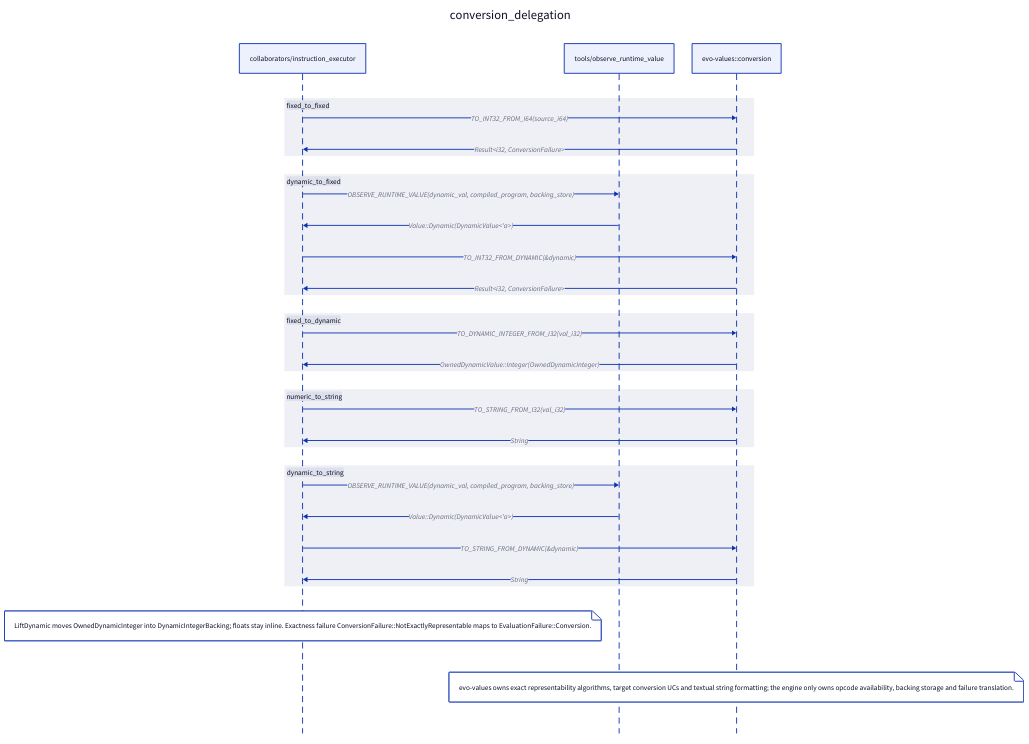
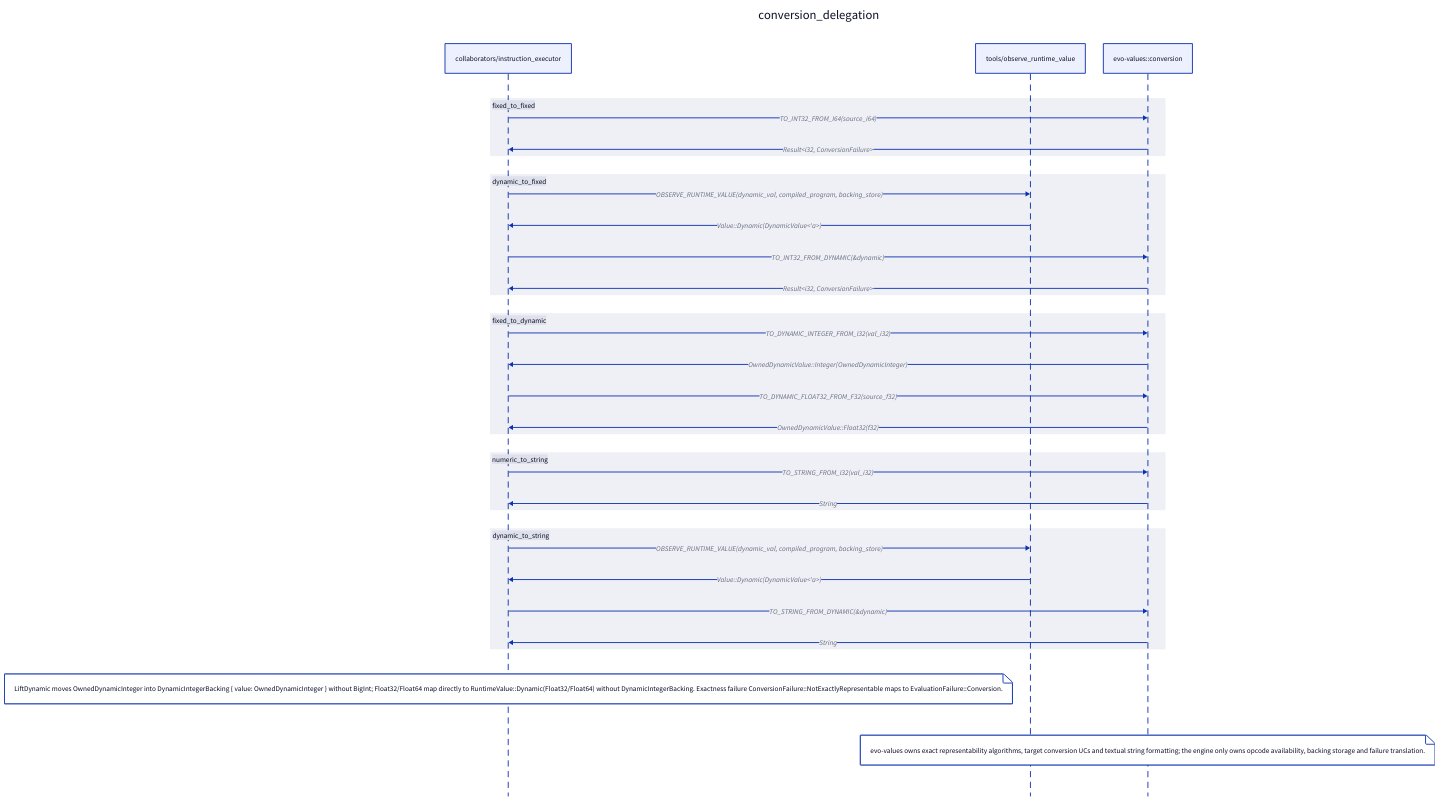
Before and after one commit to niqel/evolution: the diagram in evo-script-engine/docs/technical/sequences/06-conversion-delegation.d2, drawn with D2. The commit also changed 3 other files, not shown here.

Commit message:
docs(evo-script-engine): correct evo-values delegation sequences

```diff
--- a/evo-script-engine/docs/technical/sequences/06-conversion-delegation.d2
+++ b/evo-script-engine/docs/technical/sequences/06-conversion-delegation.d2
@@ -1,39 +1,41 @@
 conversion_delegation: {
   shape: sequence_diagram
 
   instruction_executor: "collaborators/instruction_executor"
   observe_runtime_value: "tools/observe_runtime_value"
   evo_conversion: "evo-values::conversion"
 
   fixed_to_fixed: {
     instruction_executor -> evo_conversion: "TO_INT32_FROM_I64(source_i64)"
     evo_conversion -> instruction_executor: "Result<i32, ConversionFailure>"
   }
 
   dynamic_to_fixed: {
     instruction_executor -> observe_runtime_value: "OBSERVE_RUNTIME_VALUE(dynamic_val, compiled_program, backing_store)"
     observe_runtime_value -> instruction_executor: "Value::Dynamic(DynamicValue<'a>)"
     instruction_executor -> evo_conversion: "TO_INT32_FROM_DYNAMIC(&dynamic)"
     evo_conversion -> instruction_executor: "Result<i32, ConversionFailure>"
   }
 
   fixed_to_dynamic: {
     instruction_executor -> evo_conversion: "TO_DYNAMIC_INTEGER_FROM_I32(val_i32)"
     evo_conversion -> instruction_executor: "OwnedDynamicValue::Integer(OwnedDynamicInteger)"
+    instruction_executor -> evo_conversion: "TO_DYNAMIC_FLOAT32_FROM_F32(source_f32)"
+    evo_conversion -> instruction_executor: "OwnedDynamicValue::Float32(f32)"
   }
 
   numeric_to_string: {
     instruction_executor -> evo_conversion: "TO_STRING_FROM_I32(val_i32)"
     evo_conversion -> instruction_executor: "String"
   }
 
   dynamic_to_string: {
     instruction_executor -> observe_runtime_value: "OBSERVE_RUNTIME_VALUE(dynamic_val, compiled_program, backing_store)"
     observe_runtime_value -> instruction_executor: "Value::Dynamic(DynamicValue<'a>)"
     instruction_executor -> evo_conversion: "TO_STRING_FROM_DYNAMIC(&dynamic)"
     evo_conversion -> instruction_executor: "String"
   }
 
-  instruction_executor."LiftDynamic moves OwnedDynamicInteger into DynamicIntegerBacking; floats stay inline. Exactness failure ConversionFailure::NotExactlyRepresentable maps to EvaluationFailure::Conversion."
+  instruction_executor."LiftDynamic moves OwnedDynamicInteger into DynamicIntegerBacking { value: OwnedDynamicInteger } without BigInt; Float32/Float64 map directly to RuntimeValue::Dynamic(Float32/Float64) without DynamicIntegerBacking. Exactness failure ConversionFailure::NotExactlyRepresentable maps to EvaluationFailure::Conversion."
   evo_conversion."evo-values owns exact representability algorithms, target conversion UCs and textual string formatting; the engine only owns opcode availability, backing storage and failure translation."
 }
```
